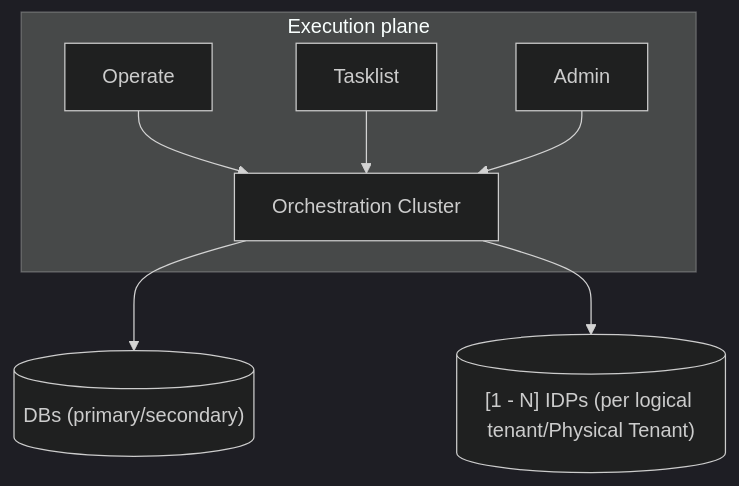
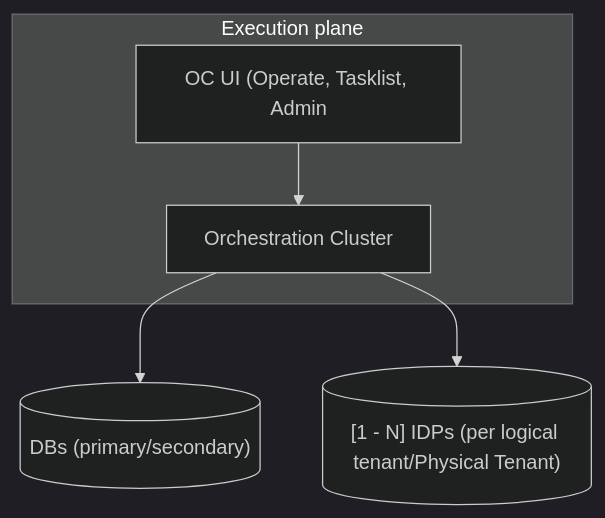
Before and after one commit to camunda/camunda-security-library: the fourth of 22 diagrams in docs/architecture_docs.md, drawn with Mermaid (dark theme). The commit also changed other lines of this file, not shown here.

First line of the commit message:
docs: Refined architecture doc:

````diff
--- a/docs/architecture_docs.md
+++ b/docs/architecture_docs.md
@@ -385,18 +430,16 @@
 ```mermaid
 flowchart TB
 
   subgraph Execution["Execution plane"]
-    Operate["Operate"]
-    Tasklist["Tasklist"]
-    Admin["Admin"]
+    OcUi["OC UI (Operate, Tasklist, Admin"]
 
     OC["Orchestration Cluster"]
+
+    OcUi --> OC
   end
-
-  Operate & Tasklist & Admin --> OC
 
   IdPs[("[1 - N] IDPs (per logical tenant/Physical Tenant)")]
   DBs[("DBs (primary/secondary)")]
 
   OC --> DBs & IdPs
 ```
````
